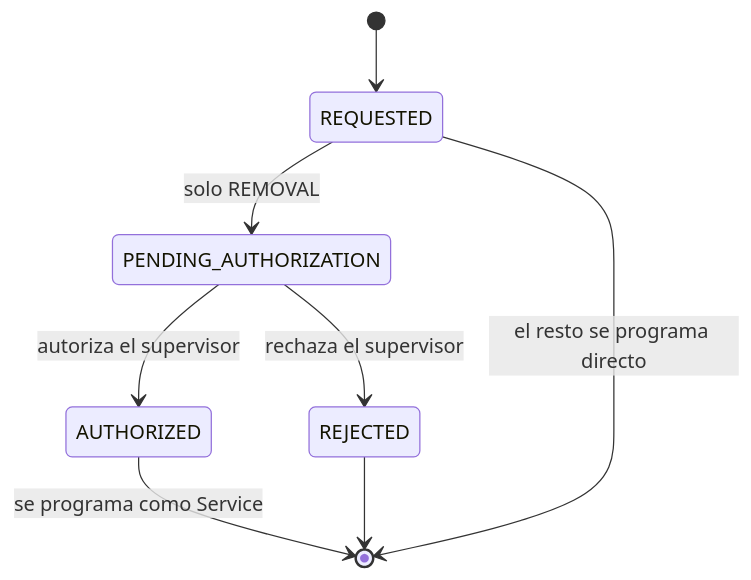
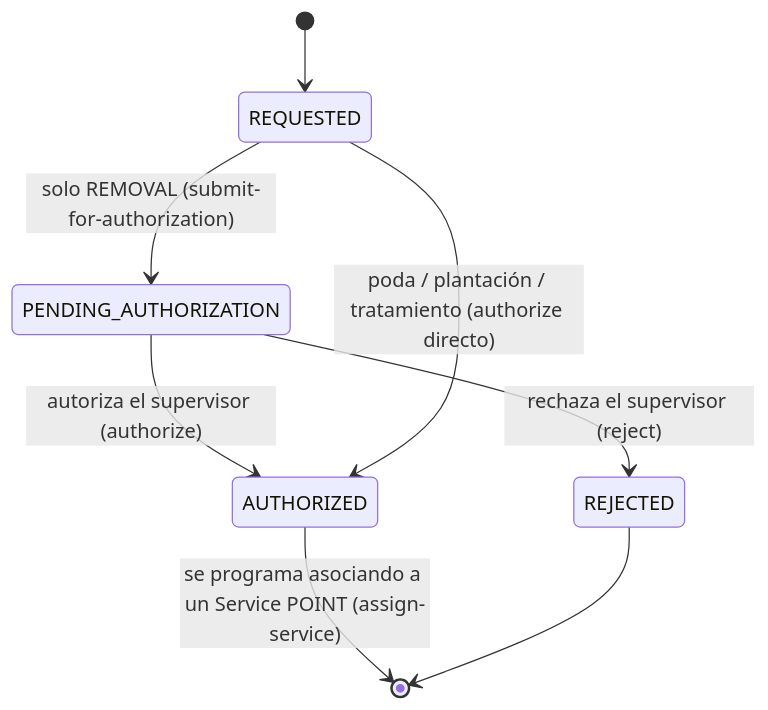
Before and after one commit to hllous/Frontend-M6-DAPS2: the diagram in docs/backend-context/entidades/tree-intervention.md, drawn with Mermaid. The commit also changed other lines of this file and 506 other files, not shown here.

````diff
--- a/docs/backend-context/entidades/tree-intervention.md
+++ b/docs/backend-context/entidades/tree-intervention.md
@@ -19,10 +19,10 @@
 ```mermaid
 stateDiagram-v2
     [*] --> REQUESTED
-    REQUESTED --> PENDING_AUTHORIZATION : solo REMOVAL
-    PENDING_AUTHORIZATION --> AUTHORIZED : autoriza el supervisor
-    PENDING_AUTHORIZATION --> REJECTED : rechaza el supervisor
-    AUTHORIZED --> [*] : se programa como Service
-    REQUESTED --> [*] : el resto se programa directo
+    REQUESTED --> PENDING_AUTHORIZATION : solo REMOVAL (submit-for-authorization)
+    PENDING_AUTHORIZATION --> AUTHORIZED : autoriza el supervisor (authorize)
+    PENDING_AUTHORIZATION --> REJECTED : rechaza el supervisor (reject)
+    REQUESTED --> AUTHORIZED : poda / plantación / tratamiento (authorize directo)
+    AUTHORIZED --> [*] : se programa asociando a un Service POINT (assign-service)
     REJECTED --> [*]
 ```
````
